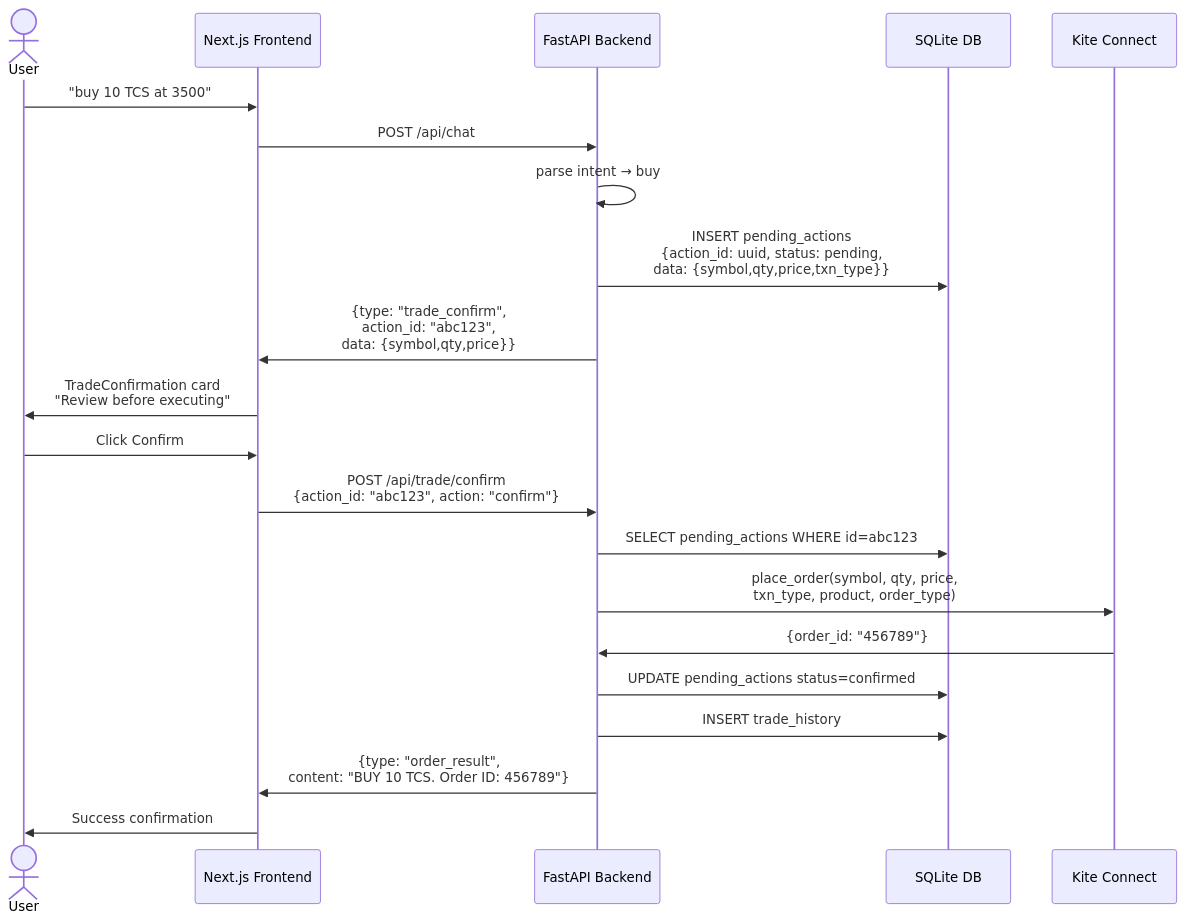
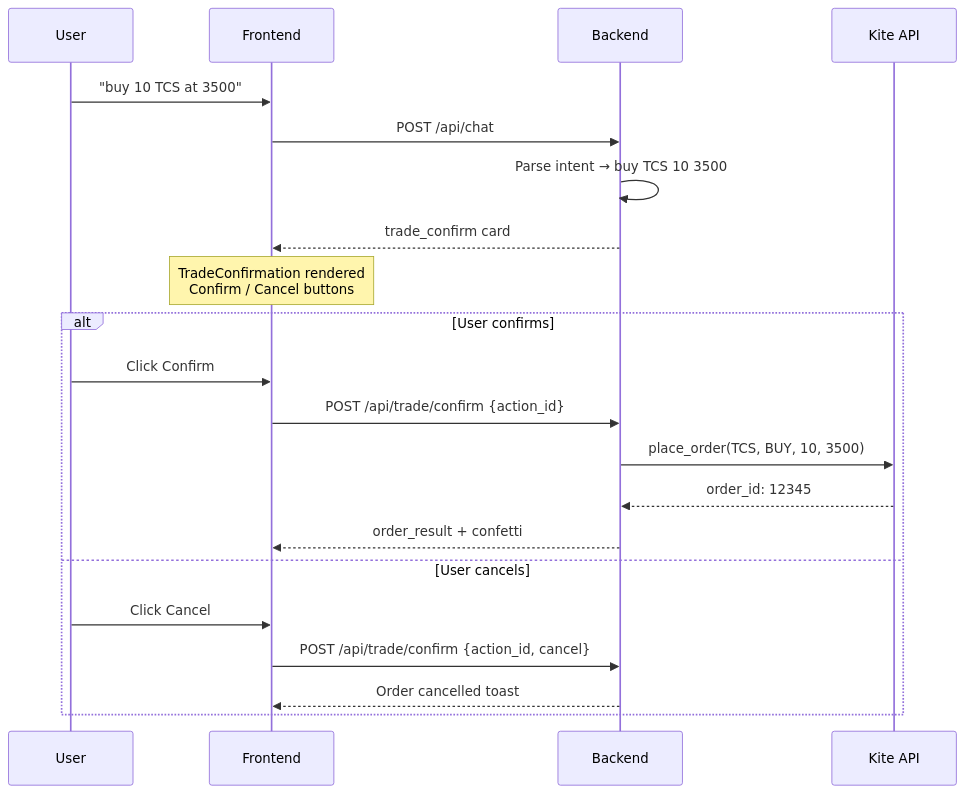
The sixth of 9 diagrams in architecture.md (SirCharan/twitter), drawn with Mermaid before and after one commit. The commit also changed other lines of this file and 5 other files, not shown here.

````diff
--- a/architecture.md
+++ b/architecture.md
@@ -179,25 +212,26 @@
 ```mermaid
 sequenceDiagram
-    actor User
-    participant FE as Next.js Frontend
-    participant API as FastAPI Backend
-    participant DB as SQLite DB
-    participant KITE as Kite Connect
+    participant U as User
+    participant FE as Frontend
+    participant API as Backend
+    participant K as Kite API
 
-    User->>FE: "buy 10 TCS at 3500"
+    U->>FE: "buy 10 TCS at 3500"
     FE->>API: POST /api/chat
-    API->>API: parse intent → buy
-    API->>DB: INSERT pending_actions<br/>{action_id: uuid, status: pending,<br/>data: {symbol,qty,price,txn_type}}
-    API->>FE: {type: "trade_confirm",<br/>action_id: "abc123",<br/>data: {symbol,qty,price}}
-    FE->>User: TradeConfirmation card<br/>"Review before executing"
+    API->>API: Parse intent → buy TCS 10 3500
 
-    User->>FE: Click Confirm
-    FE->>API: POST /api/trade/confirm<br/>{action_id: "abc123", action: "confirm"}
-    API->>DB: SELECT pending_actions WHERE id=abc123
-    API->>KITE: place_order(symbol, qty, price,<br/>txn_type, product, order_type)
-    KITE->>API: {order_id: "456789"}
-    API->>DB: UPDATE pending_actions status=confirmed
-    API->>DB: INSERT trade_history
-    API->>FE: {type: "order_result",<br/>content: "BUY 10 TCS. Order ID: 456789"}
-    FE->>User: Success confirmation
+    API-->>FE: trade_confirm card
+    Note over FE: TradeConfirmation rendered<br/>Confirm / Cancel buttons
+
+    alt User confirms
+        U->>FE: Click Confirm
+        FE->>API: POST /api/trade/confirm {action_id}
+        API->>K: place_order(TCS, BUY, 10, 3500)
+        K-->>API: order_id: 12345
+        API-->>FE: order_result + confetti
+    else User cancels
+        U->>FE: Click Cancel
+        FE->>API: POST /api/trade/confirm {action_id, cancel}
+        API-->>FE: Order cancelled toast
+    end
 ```
````
